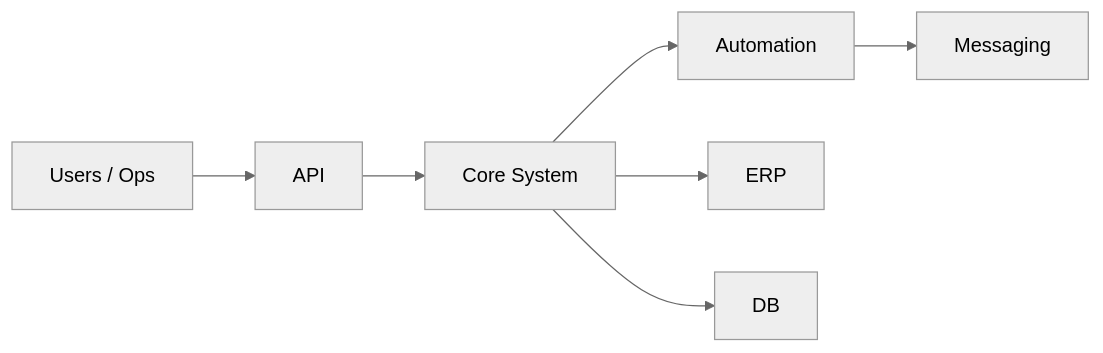
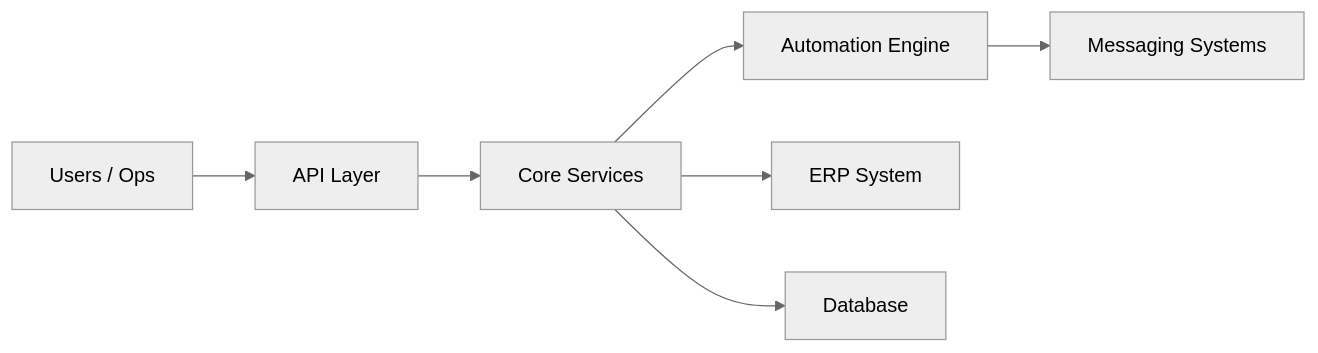
Before and after one commit to M0hammadNatsheh/M0hammadNatsheh: the diagram in README.md, drawn with Mermaid (neutral theme). The commit also changed other lines of this file, not shown here.

````diff
--- a/README.md
+++ b/README.md
@@ -33,9 +42,9 @@
 ```mermaid
 graph LR
-    A[Users / Ops] --> B[API]
-    B --> C[Core System]
-    C --> D[Automation]
-    C --> E[ERP]
-    C --> F[DB]
-    D --> G[Messaging]
+    A[Users / Ops] --> B[API Layer]
+    B --> C[Core Services]
+    C --> D[Automation Engine]
+    C --> E[ERP System]
+    C --> F[Database]
+    D --> G[Messaging Systems]
 ```
````
